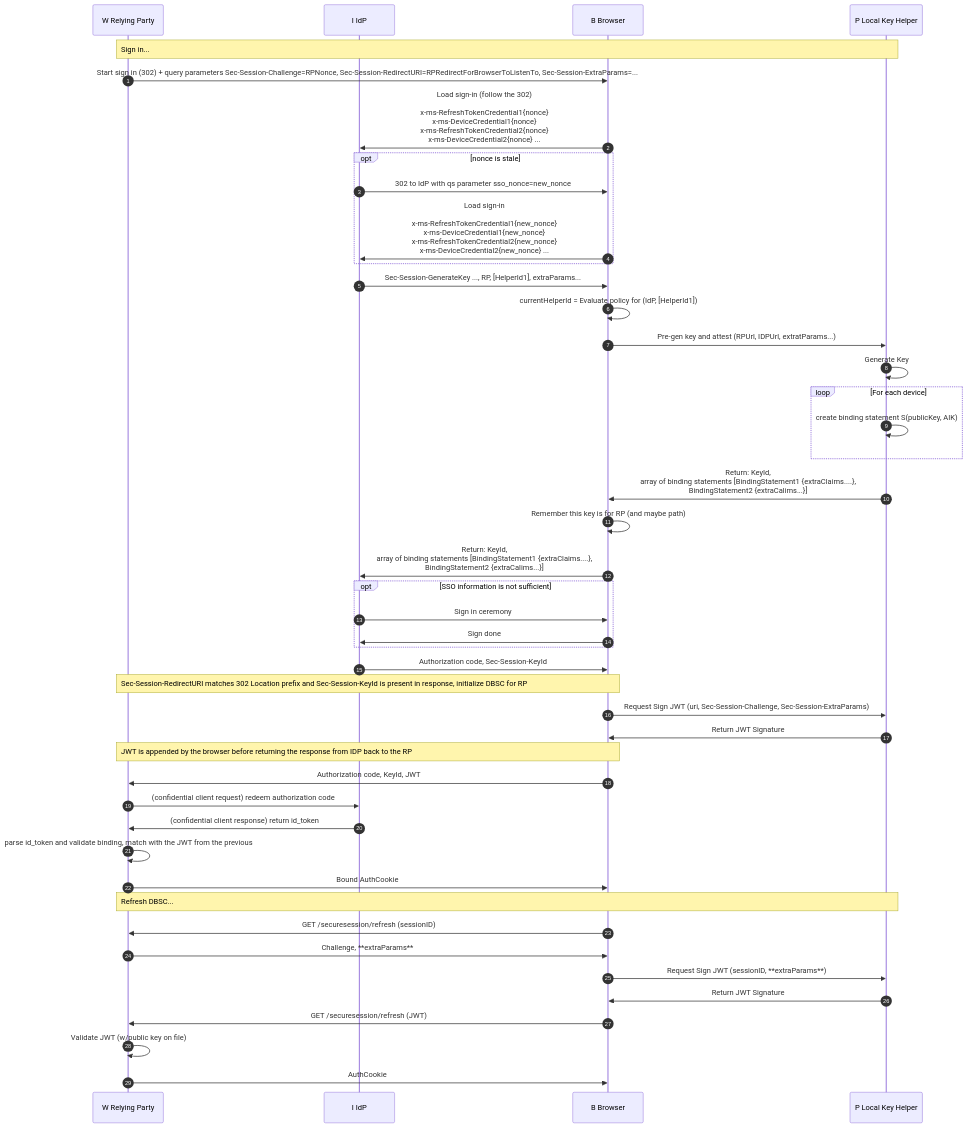
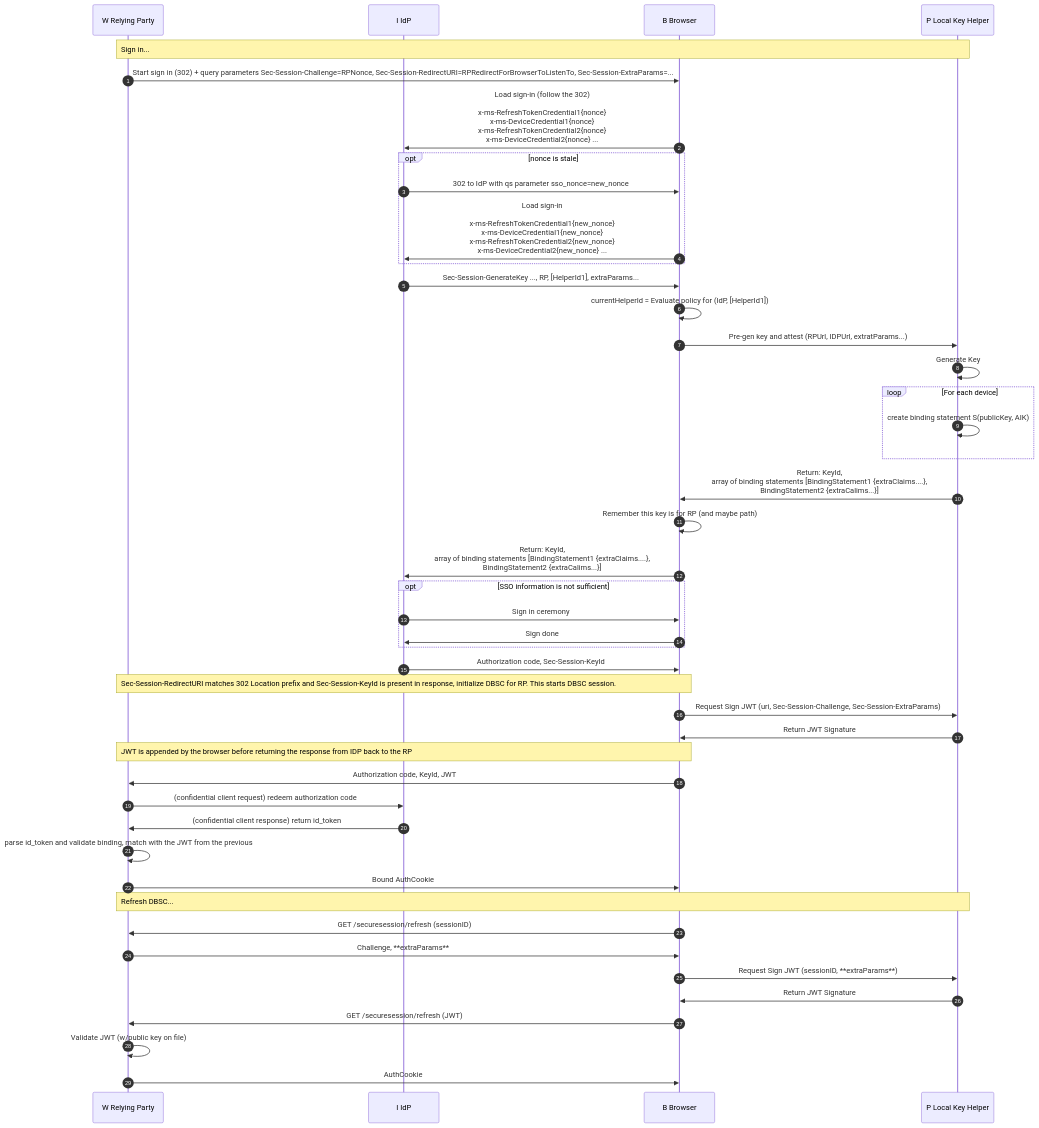
One commit to alextok/dbsc-discussions changed the fourth of 10 diagrams in README.md. Above: the diagram before and after it, drawn with Mermaid. The commit also changed other lines of this file, not shown here.

````diff
--- a/README.md
+++ b/README.md
@@ -136,58 +136,58 @@
 ```mermaid
 sequenceDiagram
 %%{ init: { 'sequence': { 'noteAlign': 'left'} } }%%
 autonumber 1
 participant W as W Relying Party
 participant I as I IdP
 participant B as B Browser
 participant P as P Local Key Helper
 
 Note over W, P: Sign in...
 W->>B: Start sign in (302) + query parameters Sec-Session-Challenge=RPNonce, Sec-Session-RedirectURI=RPRedirectForBrowserToListenTo, Sec-Session-ExtraParams=...
 
 B->>I: Load sign-in (follow the 302)<br/><br/>x-ms-RefreshTokenCredential1{nonce}<br/>x-ms-DeviceCredential1{nonce}<br/> x-ms-RefreshTokenCredential2{nonce}<br/> x-ms-DeviceCredential2{nonce} ...
 
 opt nonce is stale
 I->>B: 302 to IdP with qs parameter sso_nonce=new_nonce
 B->>I: Load sign-in<br/><br/>x-ms-RefreshTokenCredential1{new_nonce}<br/>x-ms-DeviceCredential1{new_nonce}<br/> x-ms-RefreshTokenCredential2{new_nonce}<br/> x-ms-DeviceCredential2{new_nonce} ...
 end
 
 I->>B: Sec-Session-GenerateKey ..., RP, [HelperId1], extraParams...
 B->>B: currentHelperId = Evaluate policy for (IdP, [HelperId1])
 B->>P: Pre-gen key and attest (RPUrl, IDPUrl, extratParams...)
  
 P->>P: Generate Key
 
 loop For each device
 P->>P: create binding statement S(publicKey, AIK)
 end
 
 P->>B: Return: KeyId, <br/>array of binding statements [BindingStatement1 {extraClaims....}, <br/>BindingStatement2 {extraCalims...}]
 B->>B: Remember this key is for RP (and maybe path)
 B->>I: Return: KeyId, <br/>array of binding statements [BindingStatement1 {extraClaims....}, <br/>BindingStatement2 {extraCalims...}]
 
 opt SSO information is not sufficient
 I->>B: Sign in ceremony
 B->>I: Sign done
 end
 
 I->>B: Authorization code, Sec-Session-KeyId
-Note over W, B: Sec-Session-RedirectURI matches 302 Location prefix and Sec-Session-KeyId is present in response, initialize DBSC for RP
+Note over W, B: Sec-Session-RedirectURI matches 302 Location prefix and Sec-Session-KeyId is present in response, initialize DBSC for RP. This starts DBSC session.
 B->>P: Request Sign JWT (uri, Sec-Session-Challenge, Sec-Session-ExtraParams)
 P->>B: Return JWT Signature
 Note over W, B: JWT is appended by the browser before returning the response from IDP back to the RP
 B->>W: Authorization code, KeyId, JWT
 W->>I: (confidential client request) redeem authorization code
 I->>W: (confidential client response) return id_token
 W->>W: parse id_token and validate binding, match with the JWT from the previous
 W->>B: Bound AuthCookie
 
 Note over W, P: Refresh DBSC...
 B->>W: GET /securesession/refresh (sessionID)
 W->>B: Challenge, **extraParams**
 B->>P: Request Sign JWT (sessionID, **extraParams**)
 P->>B: Return JWT Signature
 B->>W: GET /securesession/refresh (JWT)
 W->>W: Validate JWT (w/public key on file)
 W->>B: AuthCookie
 ```
````
